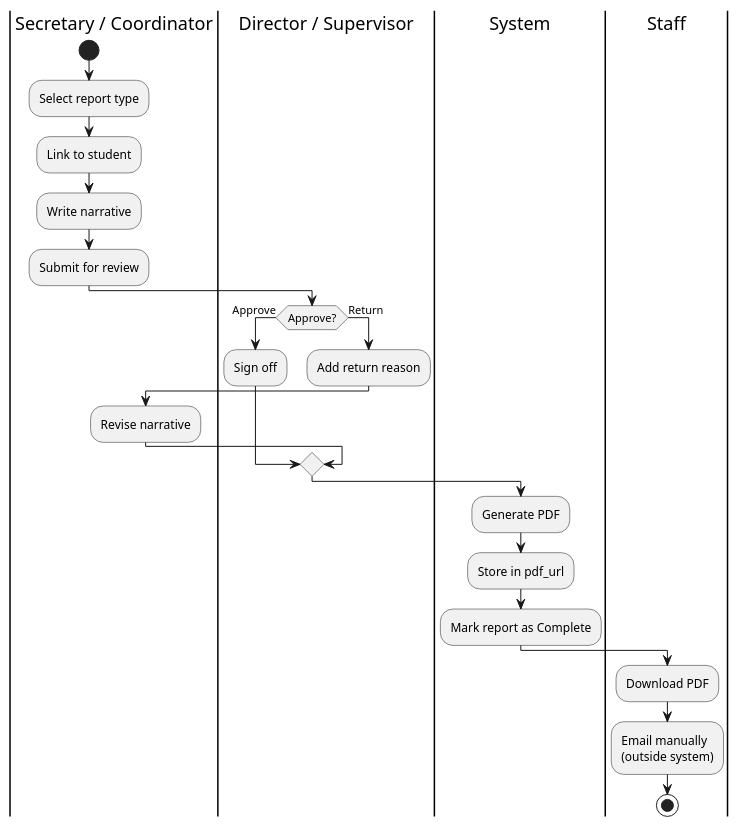
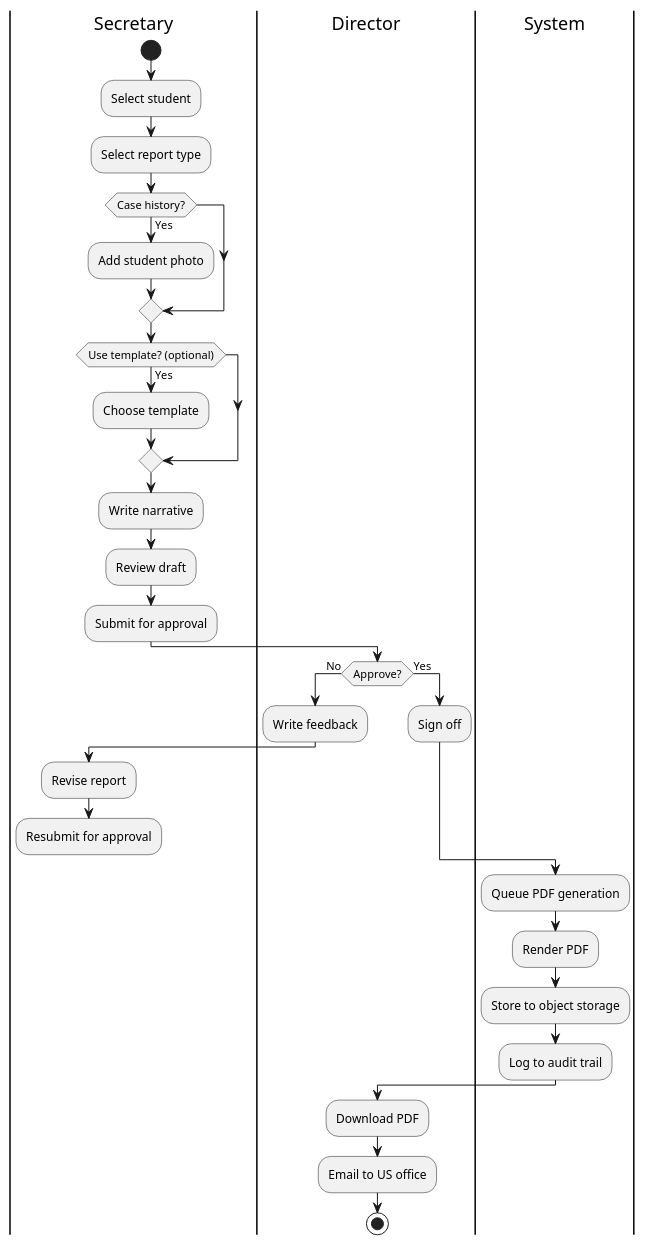
The diagram in activity-diagram/workflow_report.puml (TainYanTun/BHSMS-Architectural-Blueprint), drawn with PlantUML before and after one commit. The commit also changed 21 other files, not shown here.

First line of the commit message:
feat: add email gateway broadcast, sync ERD, update workflow diagrams

```diff
--- a/activity-diagram/workflow_report.puml
+++ b/activity-diagram/workflow_report.puml
@@ -1,28 +1,42 @@
 @startuml
-|Secretary / Coordinator|
+|Secretary|
 start
+:Select student;
 :Select report type;
-:Link to student;
+
+if (Case history?) then (Yes)
+  :Add student photo;
+endif
+
+if (Use template? (optional)) then (Yes)
+  :Choose template;
+endif
+
 :Write narrative;
-:Submit for review;
+:Review draft;
+:Submit for approval;
 
-|Director / Supervisor|
-if (Approve?) then (Approve)
+
+|Director|
+if (Approve?) then (No)
+  :Write feedback;
+  |Secretary|
+  :Revise report;
+  :Resubmit for approval;
+  kill
+else (Yes)
+  |Director|
   :Sign off;
-else (Return)
-  :Add return reason;
-  |Secretary / Coordinator|
-  :Revise narrative;
 endif
 
 |System|
-:Generate PDF;
-:Store in pdf_url;
-:Mark report as Complete;
+:Queue PDF generation;
+:Render PDF;
+:Store to object storage;
+:Log to audit trail;
 
-|Staff|
+|Director|
 :Download PDF;
-:Email manually\n(outside system);
-
+:Email to US office;
 stop
 @enduml
```
